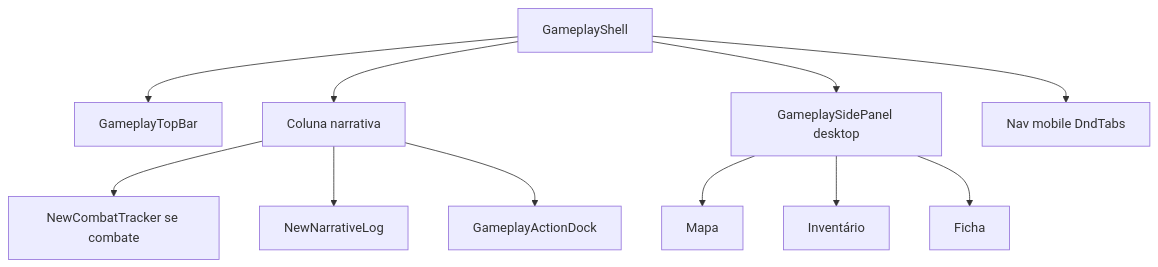
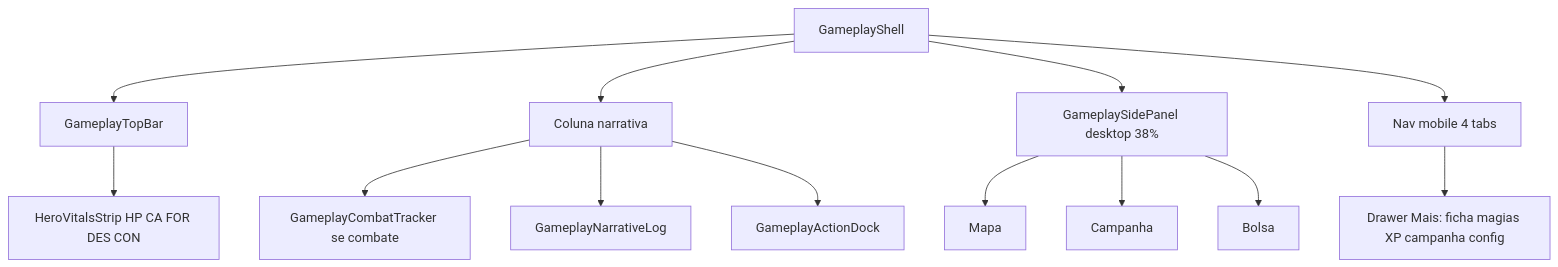
One commit to edsoncantuaria/dndai changed the second of 5 diagrams in docs/DESIGN_FRONTEND.md. Above: the diagram before and after it, drawn with Mermaid. The commit also changed other lines of this file and 224 other files, not shown here.

````diff
--- a/docs/DESIGN_FRONTEND.md
+++ b/docs/DESIGN_FRONTEND.md
@@ -179,16 +179,19 @@
 ```mermaid
 flowchart TB
     GS[GameplayShell]
     GS --> TB[GameplayTopBar]
+    TB --> VIT[HeroVitalsStrip HP CA FOR DES CON]
     GS --> CT[Coluna narrativa]
-    GS --> SP[GameplaySidePanel desktop]
-    GS --> MN[Nav mobile DndTabs]
+    GS --> SP[GameplaySidePanel desktop 38%]
+    GS --> MN[Nav mobile 4 tabs]
 
-    CT --> COM[NewCombatTracker se combate]
-    CT --> LOG[NewNarrativeLog]
+    CT --> COM[GameplayCombatTracker se combate]
+    CT --> LOG[GameplayNarrativeLog]
     CT --> DOCK[GameplayActionDock]
 
     SP --> MAP[Mapa]
-    SP --> INV[Inventário]
-    SP --> SHEET[Ficha]
+    SP --> CAMP[Campanha]
+    SP --> BAG[Bolsa]
+
+    MN --> MAIS[Drawer Mais: ficha magias XP campanha config]
 ```
````
